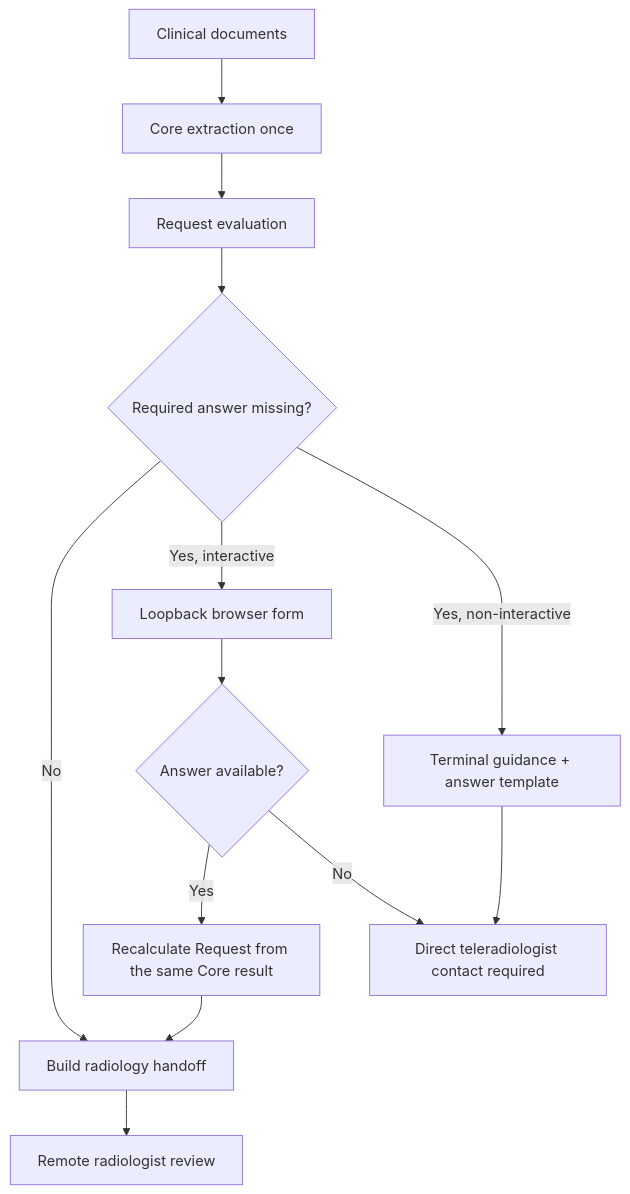
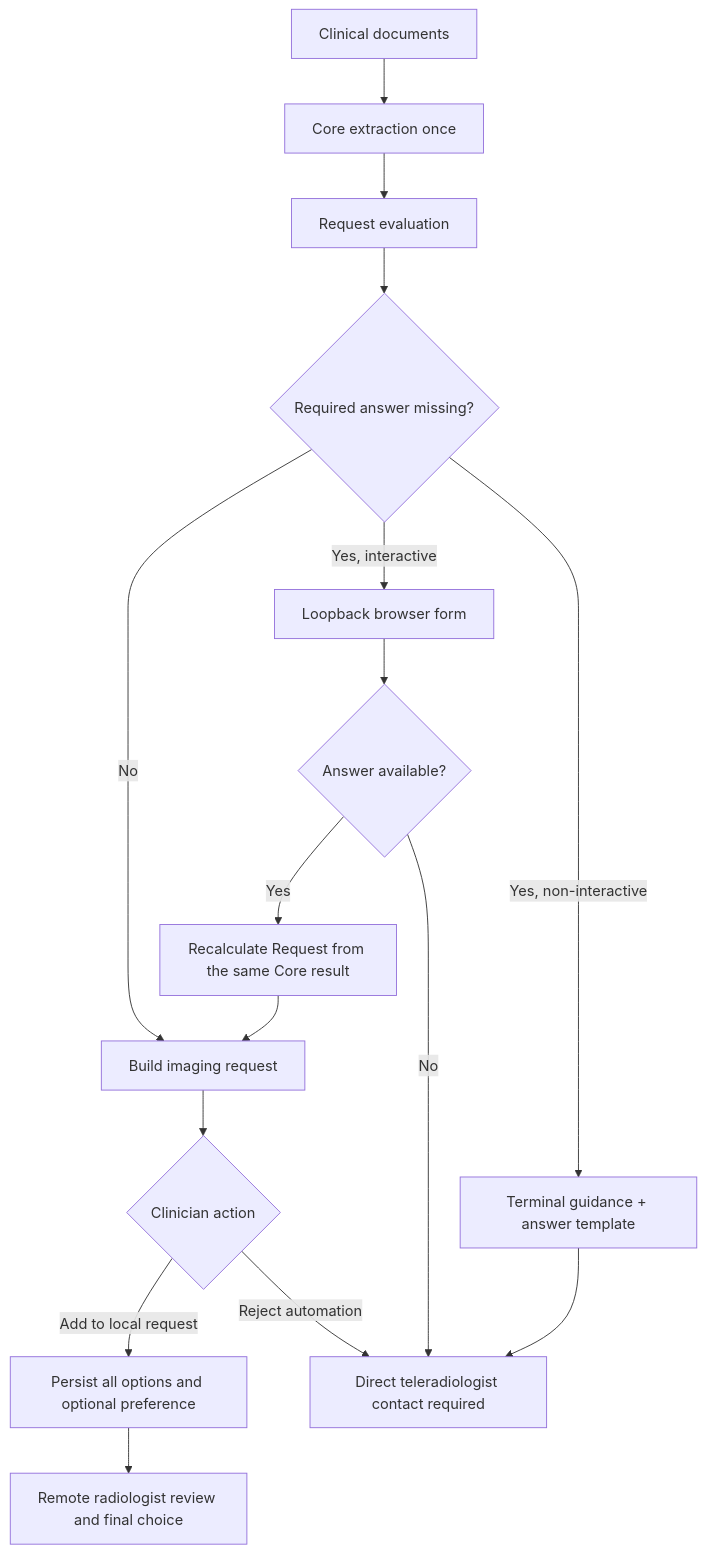
The diagram in docs/interactive-handoff.md (Thibescobar/bulkinout), drawn with Mermaid before and after one commit. The commit also changed other lines of this file and 20 other files, not shown here.

Commit message:
Persist clinician imaging request review

````diff
--- a/docs/interactive-handoff.md
+++ b/docs/interactive-handoff.md
@@ -11,15 +12,18 @@
 ```mermaid
 flowchart TD
     A[Clinical documents] --> B[Core extraction once]
     B --> C[Request evaluation]
     C --> D{Required answer missing?}
-    D -- No --> H[Build radiology handoff]
+    D -- No --> H[Build imaging request]
     D -- Yes, interactive --> E[Loopback browser form]
     E --> F{Answer available?}
     F -- Yes --> G[Recalculate Request from the same Core result]
     G --> H
     F -- No --> I[Direct teleradiologist contact required]
     D -- Yes, non-interactive --> J[Terminal guidance + answer template]
     J --> I
-    H --> K[Remote radiologist review]
+    H --> K{Clinician action}
+    K -- Add to local request --> L[Persist all options and optional preference]
+    K -- Reject automation --> I
+    L --> M[Remote radiologist review and final choice]
 ```
````
